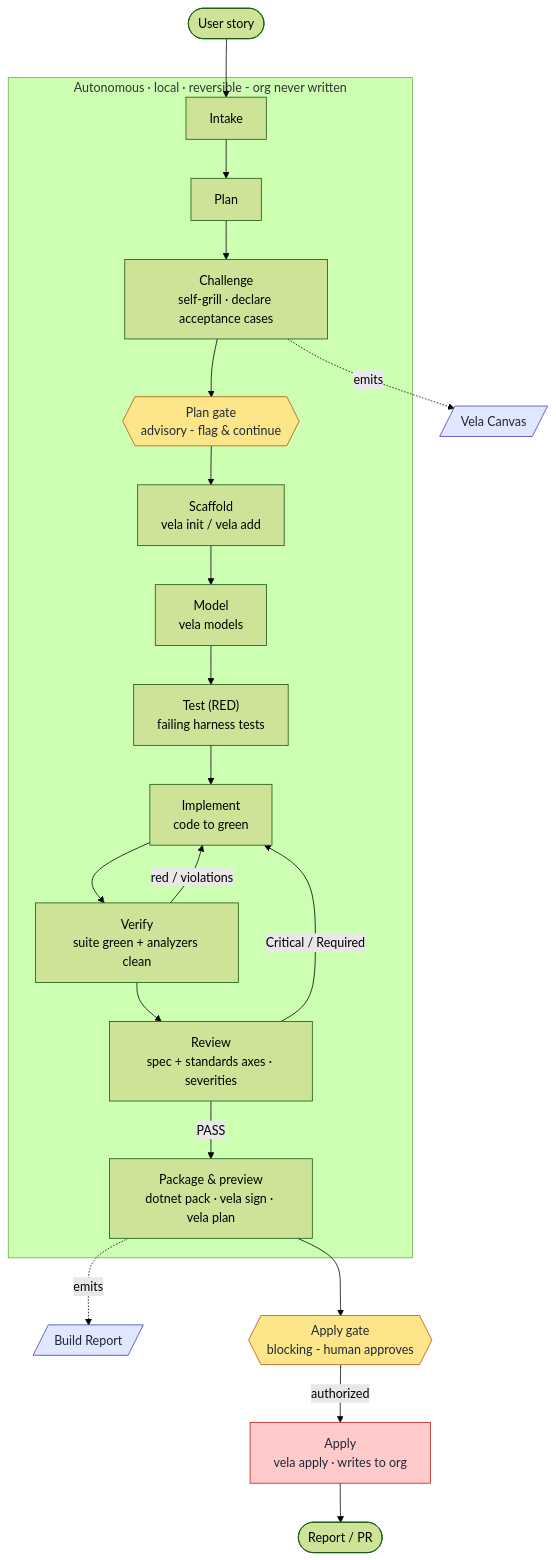
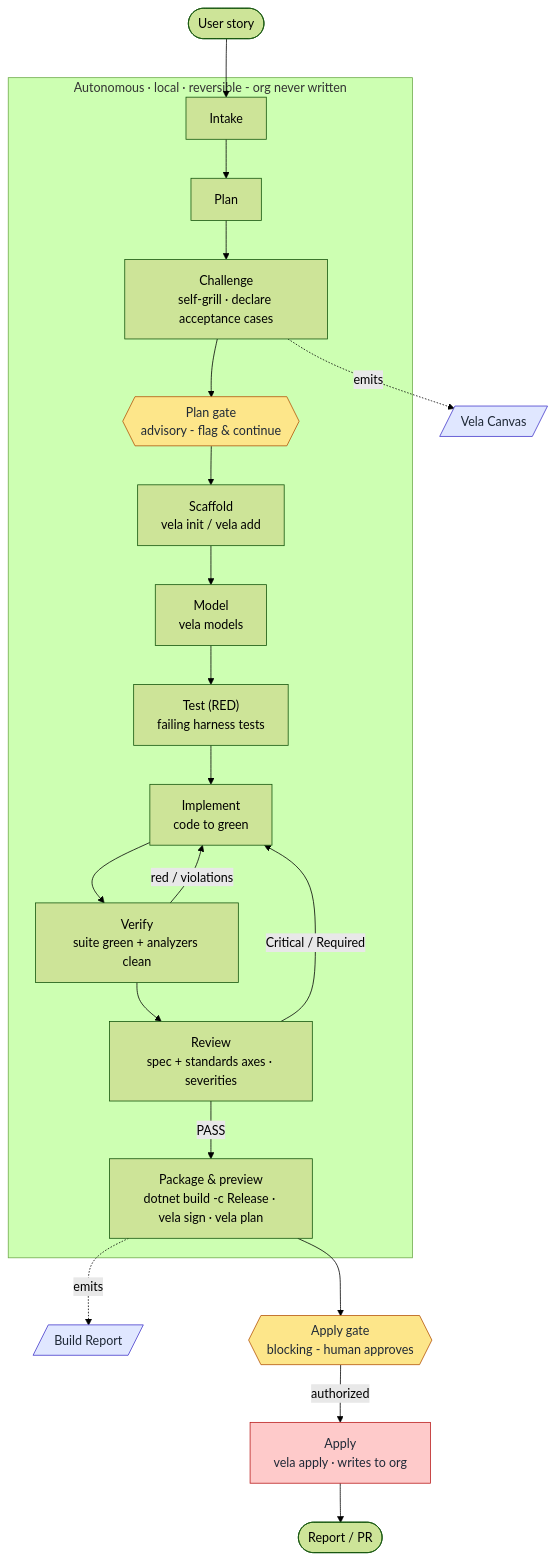
The diagram in README.md (allandecastro/vela-agentic), drawn with Mermaid (forest theme) before and after one commit. The commit also changed other lines of this file and 19 other files, not shown here.

First line of the commit message:
fix(apply): build the plugin package with dotnet build, not dotnet pack

````diff
--- a/README.md
+++ b/README.md
@@ -55,42 +55,42 @@
 ```mermaid
 flowchart TD
     US([User story]) --> I[Intake]
     I --> P[Plan]
     P --> C["Challenge<br/>self-grill · declare acceptance cases"]
     C -. emits .-> PA[/"Vela Canvas"/]
     C --> G1{{"Plan gate<br/>advisory - flag &amp; continue"}}
     G1 --> S["Scaffold<br/>vela init / vela add"]
     S --> M["Model<br/>vela models"]
     M --> T["Test (RED)<br/>failing harness tests"]
     T --> IM["Implement<br/>code to green"]
     IM --> V["Verify<br/>suite green + analyzers clean"]
     V -->|red / violations| IM
     V --> RV["Review<br/>spec + standards axes · severities"]
     RV -->|Critical / Required| IM
     PV -. emits .-> BR[/"Build Report"/]
-    RV -->|PASS| PV["Package &amp; preview<br/>dotnet pack · vela sign · vela plan"]
+    RV -->|PASS| PV["Package &amp; preview<br/>dotnet build -c Release · vela sign · vela plan"]
     PV --> G2{{"Apply gate<br/>blocking - human approves"}}
     G2 -->|authorized| AP["Apply<br/>vela apply · writes to org"]
     AP --> R([Report / PR])
 
     subgraph LOCAL ["Autonomous · local · reversible - org never written"]
         I
         P
         C
         G1
         S
         M
         T
         IM
         V
         RV
         PV
     end
 
     classDef gate fill:#fde68a,stroke:#b45309,color:#1f2937;
     classDef org fill:#fecaca,stroke:#b91c1c,color:#1f2937;
     classDef art fill:#e0e7ff,stroke:#4338ca,color:#1f2937;
     class G1,G2 gate
     class AP org
     class PA,BR art
 ```
````
